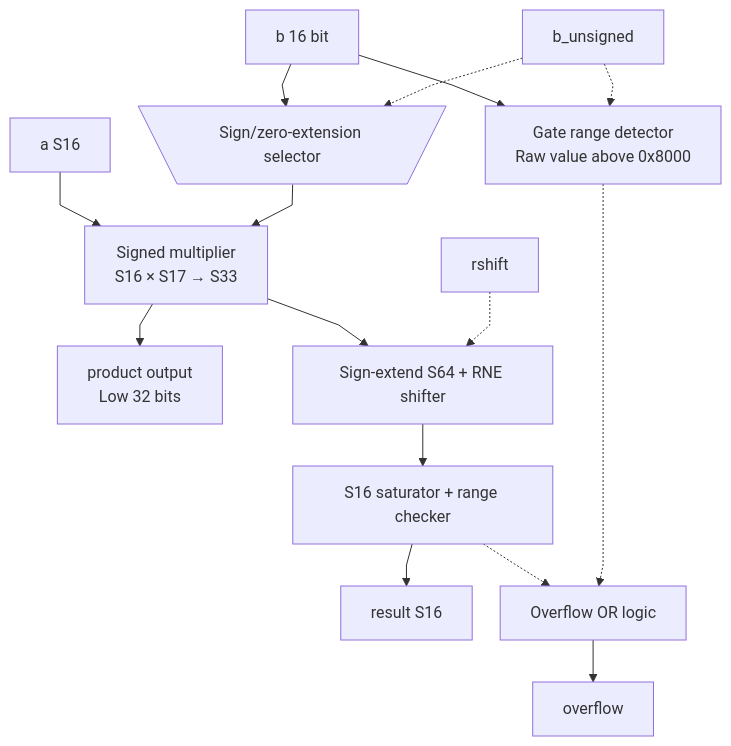
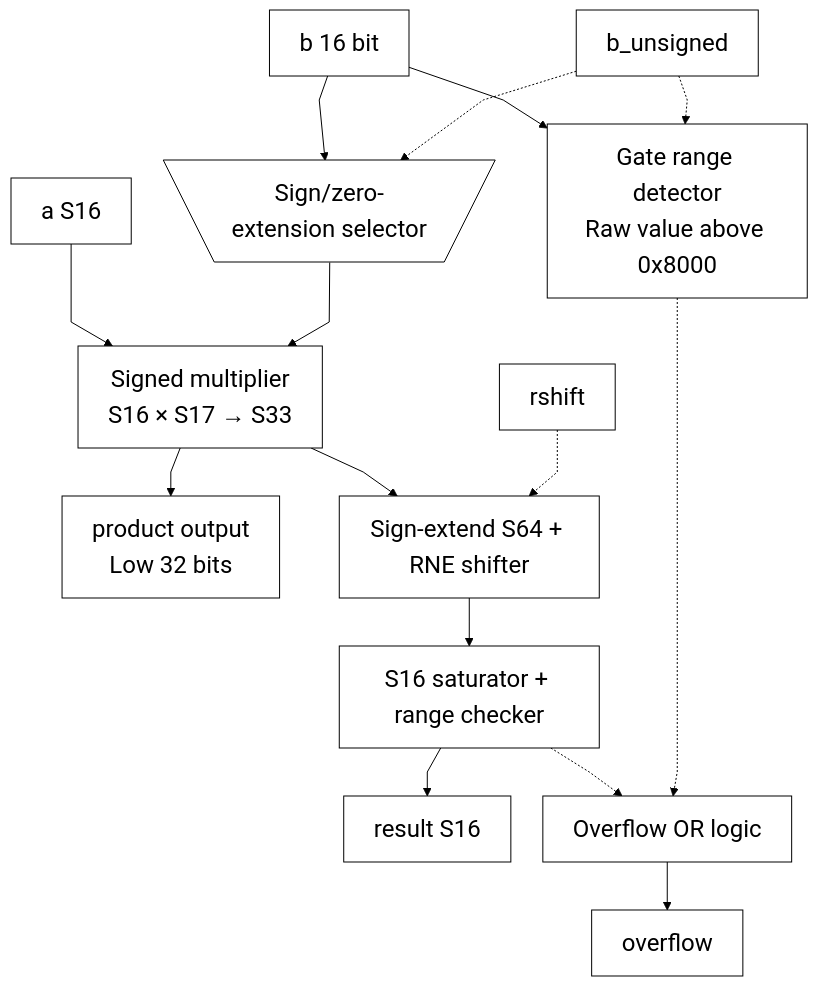
One commit to nguyennhutkhanhtom/NPU changed the diagram in docs/source_guide/blocks/mul.sv.md. Above: the diagram before and after it, drawn with Mermaid. The commit also changed 102 other files, not shown here.

First line of the commit message:
docs: refresh guides and source-grounded RTL diagrams

````diff
--- a/docs/source_guide/blocks/mul.sv.md
+++ b/docs/source_guide/blocks/mul.sv.md
@@ -15,18 +15,20 @@
 ```mermaid
+%%{init: {"theme":"base","fontFamily":"Arial, sans-serif","themeVariables":{"fontSize":"24px","primaryColor":"#ffffff","primaryTextColor":"#000000","primaryBorderColor":"#000000","secondaryColor":"#ffffff","tertiaryColor":"#ffffff","lineColor":"#000000","textColor":"#000000","mainBkg":"#ffffff","nodeBorder":"#000000","clusterBkg":"#ffffff","clusterBorder":"#000000","edgeLabelBackground":"#ffffff"},"flowchart":{"htmlLabels":true,"useMaxWidth":false,"nodeSpacing":32,"rankSpacing":48,"curve":"linear","subGraphTitleMargin":{"top":16,"bottom":30}}}}%%
 flowchart TB
-%%{init: {"flowchart": {"subGraphTitleMargin": {"top": 8, "bottom": 20}, "nodeSpacing": 28, "rankSpacing": 42, "curve": "linear"}}}%%
-    A["a S16"] --> MUL["Signed multiplier<br/>S16 × S17 → S33"]
+A["a S16"] --> MUL["Signed multiplier<br/>S16 × S17 → S33"]
     B["b 16 bit"] --> EXT@{ shape: trap-t, label: "Sign/zero-extension selector" }
     U["b_unsigned"] -.-> EXT
     EXT --> MUL
     MUL --> P["product output<br/>Low 32 bits"]
     MUL --> RNE["Sign-extend S64 + RNE shifter"]
     SHIFT["rshift"] -.-> RNE
     RNE --> SAT["S16 saturator + range checker"]
     B --> GATE["Gate range detector<br/>Raw value above 0x8000"]
     U -.-> GATE
     SAT --> R["result S16"]
     SAT -.-> OV["Overflow OR logic"]
     GATE -.-> OV
     OV --> O["overflow"]
+    classDef default fill:white,stroke:black,color:black,font-size:24px;
+    linkStyle default stroke:black,color:black;
 ```
````
